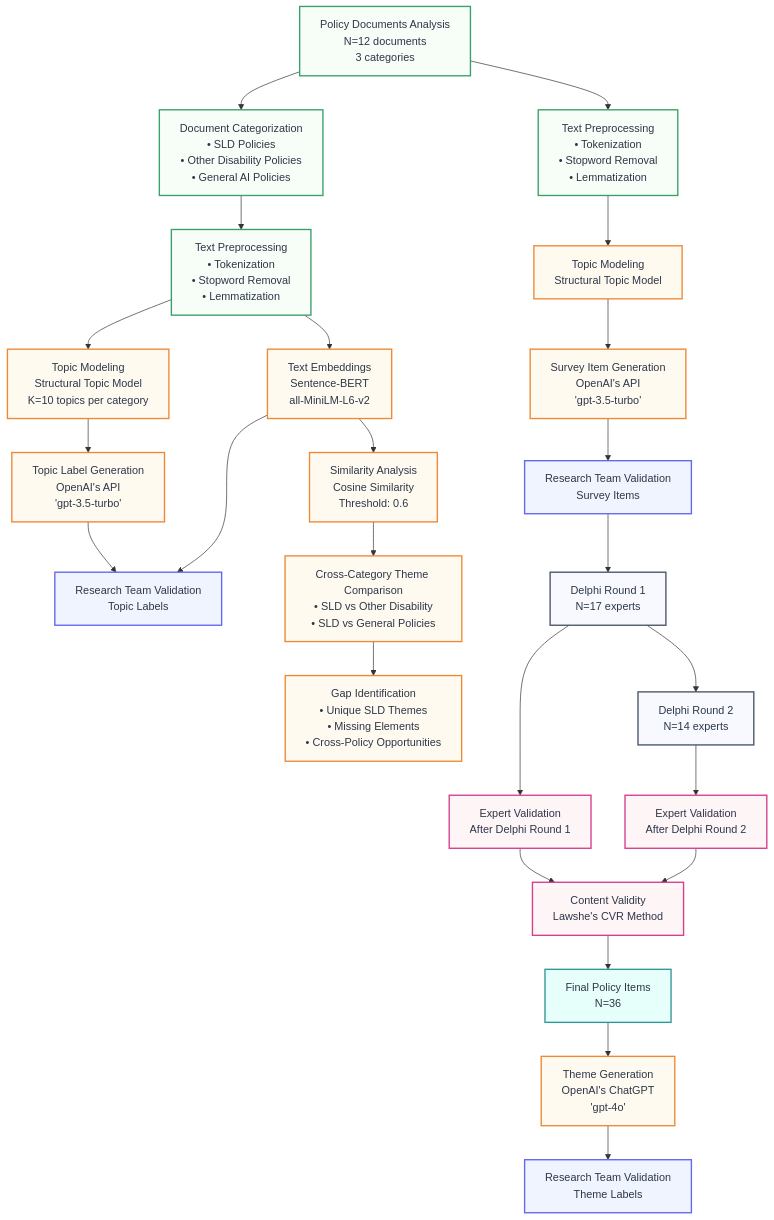
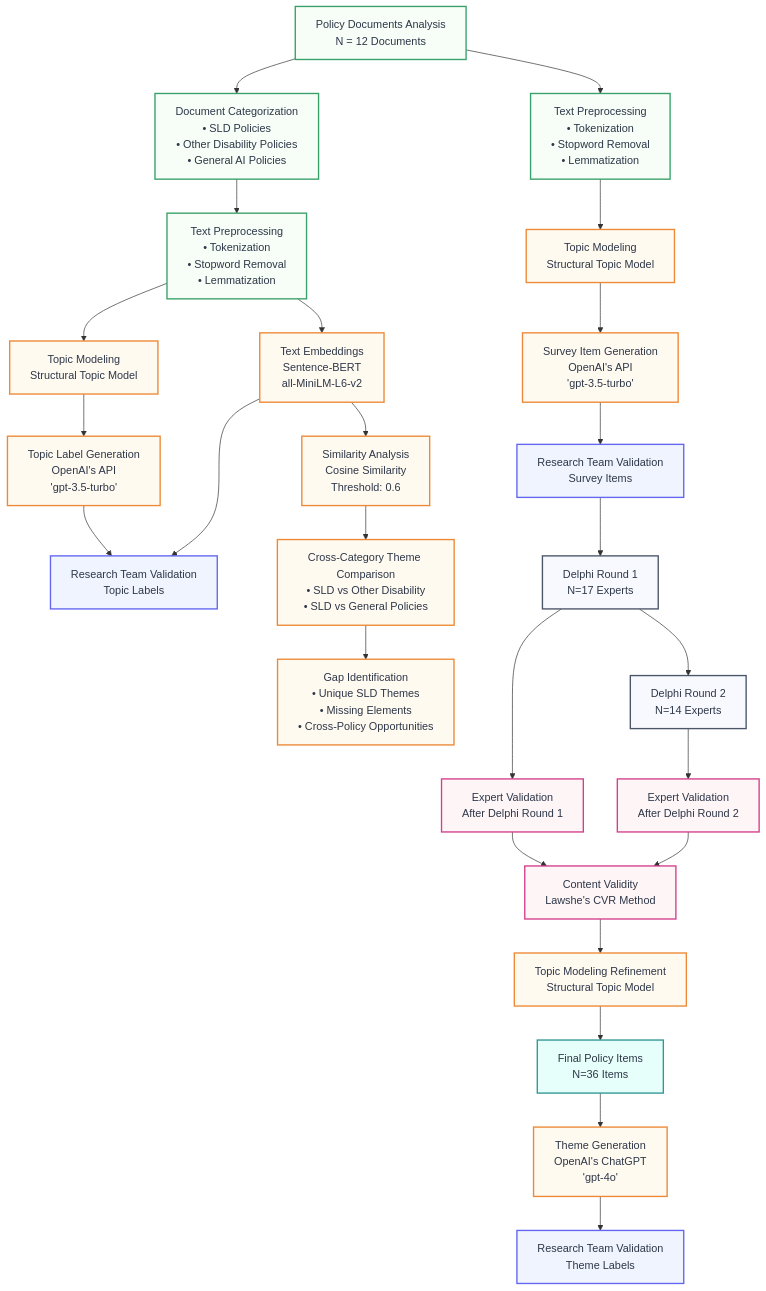
The diagram in index.qmd (mshin77/AI_policy_LD), drawn with Mermaid before and after one commit. The commit also changed other lines of this file and 8 other files, not shown here.

````diff
--- a/index.qmd
+++ b/index.qmd
@@ -20,54 +20,56 @@
 ```{mermaid}
 flowchart TD
-    n1["Policy Documents Analysis<br/>N=12 documents<br/>3 categories"] --> D["Document Categorization<br/>• SLD Policies<br/>• Other Disability Policies<br/>• General AI Policies"]
+    n1["Policy Documents Analysis<br/>N = 12 Documents"] --> D["Document Categorization<br/>• SLD Policies<br/>• Other Disability Policies<br/>• General AI Policies"]
     D --> E["Text Preprocessing<br/>• Tokenization<br/>• Stopword Removal<br/>• Lemmatization"]
-    E --> F["Text Embeddings<br/>Sentence-BERT<br/>all-MiniLM-L6-v2"] & G["Topic Modeling<br/>Structural Topic Model<br/>K=10 topics per category"]
+    E --> F["Text Embeddings<br/>Sentence-BERT<br/>all-MiniLM-L6-v2"] & G["Topic Modeling<br/>Structural Topic Model"]
     F --> H["Similarity Analysis<br/>Cosine Similarity<br/>Threshold: 0.6"]
     G --> I["Topic Label Generation<br/>OpenAI's API<br/>'gpt-3.5-turbo'"]
     I --> V1["Research Team Validation<br/>Topic Labels"]
     F --> V1
     H --> P["Cross-Category Theme Comparison<br/>• SLD vs Other Disability<br/>• SLD vs General Policies"]
     P --> Q["Gap Identification<br/>• Unique SLD Themes<br/>• Missing Elements<br/>• Cross-Policy Opportunities"]
     n1 --> TP2["Text Preprocessing<br/>• Tokenization<br/>• Stopword Removal<br/>• Lemmatization"]
     TP2 --> TM2["Topic Modeling<br/>Structural Topic Model"]
     TM2 --> J["Survey Item Generation<br/>OpenAI's API<br/>'gpt-3.5-turbo'"]
     J --> V3["Research Team Validation<br/>Survey Items"]
-    V3 --> B["Delphi Round 1<br/>N=17 experts"]
-    B --> C["Delphi Round 2<br/>N=14 experts"] & K1["Expert Validation<br/>After Delphi Round 1"]
+    V3 --> B["Delphi Round 1<br/>N=17 Experts"]
+    B --> C["Delphi Round 2<br/>N=14 Experts"] & K1["Expert Validation<br/>After Delphi Round 1"]
     C --> K2["Expert Validation<br/>After Delphi Round 2"]
     K1 --> L["Content Validity<br/>Lawshe's CVR Method"]
     K2 --> L
-    L --> M["Final Policy Items<br/>N=36"]
+    L --> STM3["Topic Modeling Refinement<br/>Structural Topic Model"]
+    STM3 --> M["Final Policy Items<br/>N=36 Items"]
     M --> T["Theme Generation<br/>OpenAI's ChatGPT<br/>'gpt-4o'"]
     T --> V2["Research Team Validation<br/>Theme Labels"]
     
     classDef dataPhase fill:#f8f9ff,stroke:#4a5568,stroke-width:2px,color:#2d3748
     classDef processPhase fill:#f7fdf7,stroke:#38a169,stroke-width:2px,color:#2d3748
     classDef analysisPhase fill:#fffaf0,stroke:#ed8936,stroke-width:2px,color:#2d3748
     classDef validationPhase fill:#fef5f7,stroke:#d53f8c,stroke-width:2px,color:#2d3748
     classDef researchValidation fill:#f0f4ff,stroke:#6366f1,stroke-width:2px,color:#2d3748
     classDef finalPhase fill:#e6fffa,stroke:#319795,stroke-width:2px,color:#2d3748
     
     n1:::processPhase
     D:::processPhase
     B:::dataPhase
     C:::dataPhase
     K1:::validationPhase
     E:::processPhase
     F:::analysisPhase
     G:::analysisPhase
     H:::analysisPhase
     I:::analysisPhase
     T:::analysisPhase
     TP2:::processPhase
     TM2:::analysisPhase
     V1:::researchValidation
     V2:::researchValidation
     V3:::researchValidation
     P:::analysisPhase
     Q:::analysisPhase
     J:::analysisPhase
     K2:::validationPhase
     L:::validationPhase
+    STM3:::analysisPhase
     M:::finalPhase
 ```
````
